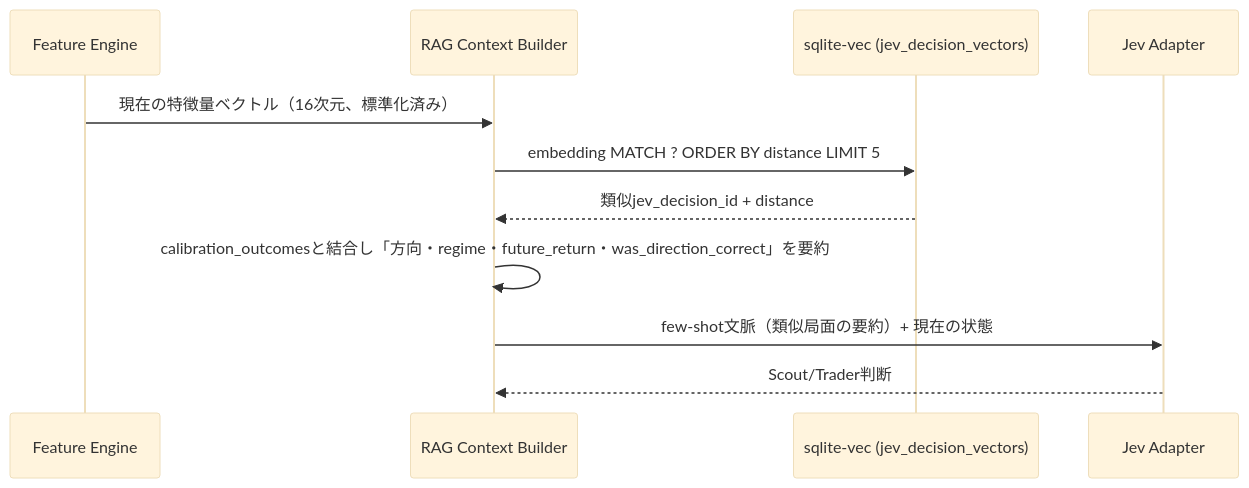
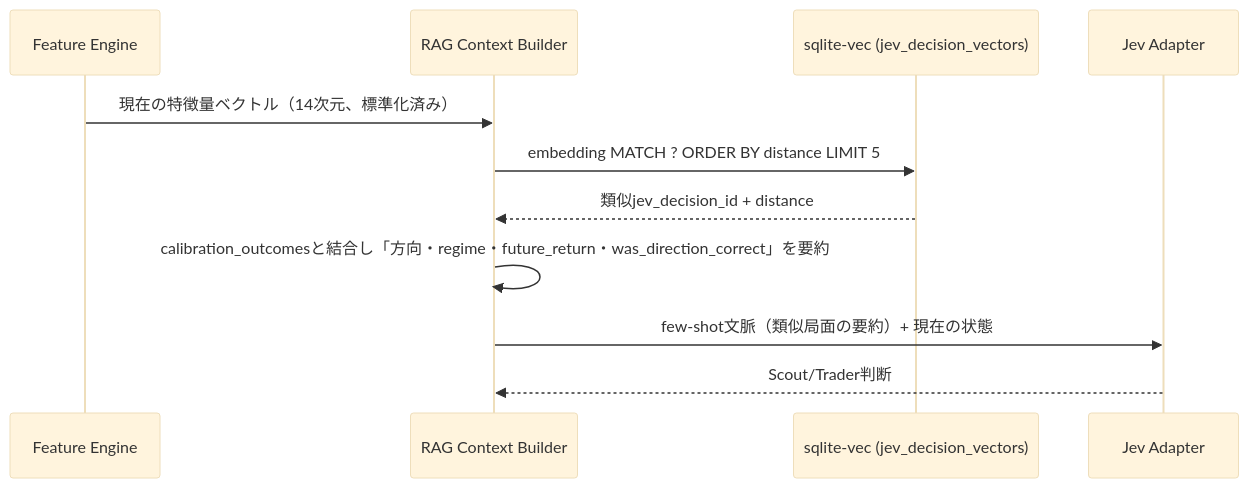
Before and after one commit to ousiassllc/pitha-trador: the first of 6 diagrams in docs/architecture/overview.md, drawn with Mermaid (base theme). The commit also changed other lines of this file and 1 other file, not shown here.

````diff
--- a/docs/architecture/overview.md
+++ b/docs/architecture/overview.md
@@ -158,14 +158,14 @@
 ```mermaid
 sequenceDiagram
     participant FE as Feature Engine
     participant RAG as RAG Context Builder
     participant VEC as sqlite-vec (jev_decision_vectors)
     participant JEV as Jev Adapter
 
-    FE->>RAG: 現在の特徴量ベクトル（16次元、標準化済み）
+    FE->>RAG: 現在の特徴量ベクトル（14次元、標準化済み）
     RAG->>VEC: embedding MATCH ? ORDER BY distance LIMIT 5
     VEC-->>RAG: 類似jev_decision_id + distance
     RAG->>RAG: calibration_outcomesと結合し「方向・regime・future_return・was_direction_correct」を要約
     RAG->>JEV: few-shot文脈（類似局面の要約）+ 現在の状態
     JEV-->>RAG: Scout/Trader判断
 ```
````
